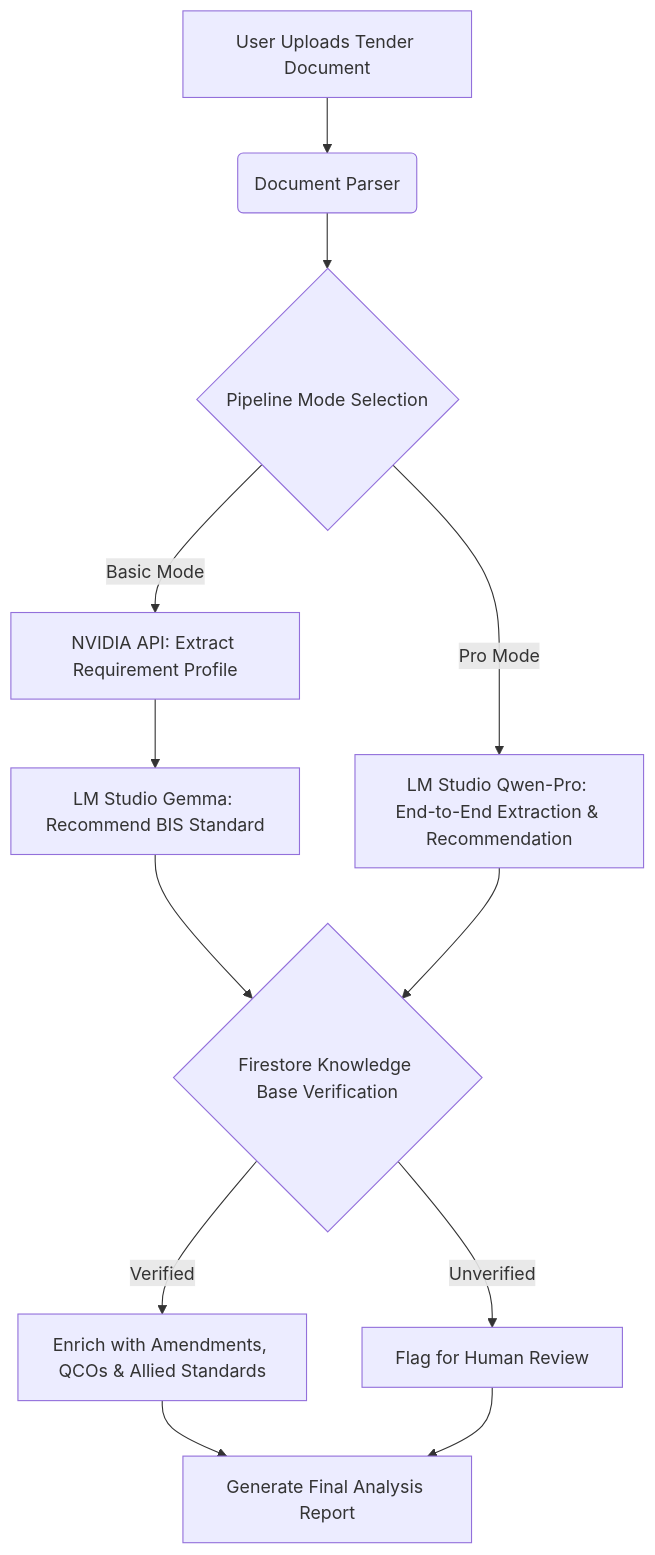
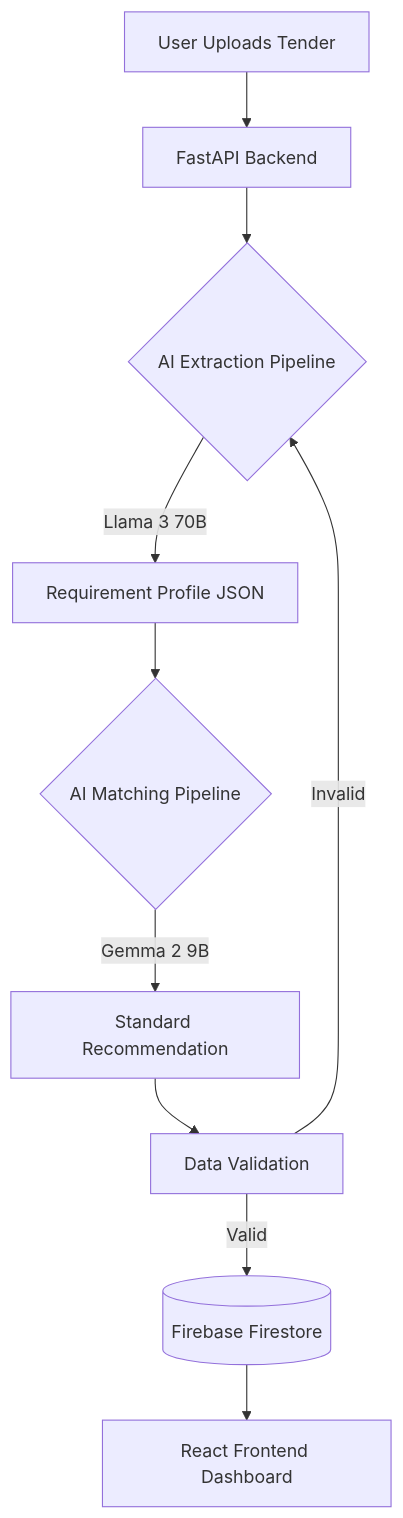
Before and after one commit to AakshayDhoke-lang/BharatStandards_Ai: the diagram in README.md, drawn with Mermaid. The commit also changed other lines of this file, not shown here.

````diff
--- a/README.md
+++ b/README.md
@@ -20,19 +37,12 @@
 ```mermaid
 graph TD
-    A[User Uploads Tender Document] --> B(Document Parser)
-    B --> C{Pipeline Mode Selection}
-    
-    C -- Basic Mode --> D1[NVIDIA API: Extract Requirement Profile]
-    D1 --> E1[LM Studio Gemma: Recommend BIS Standard]
-    
-    C -- Pro Mode --> D2[LM Studio Qwen-Pro: End-to-End Extraction & Recommendation]
-    
-    E1 --> F{Firestore Knowledge Base Verification}
-    D2 --> F
-    
-    F -- Verified --> G[Enrich with Amendments, QCOs & Allied Standards]
-    F -- Unverified --> H[Flag for Human Review]
-    
-    G --> I[Generate Final Analysis Report]
-    H --> I
+    A[User Uploads Tender] --> B[FastAPI Backend]
+    B --> C{AI Extraction Pipeline}
+    C -->|Llama 3 70B| D[Requirement Profile JSON]
+    D --> E{AI Matching Pipeline}
+    E -->|Gemma 2 9B| F[Standard Recommendation]
+    F --> G[Data Validation]
+    G -->|Valid| H[(Firebase Firestore)]
+    G -->|Invalid| C
+    H --> I[React Frontend Dashboard]
 ```
````
